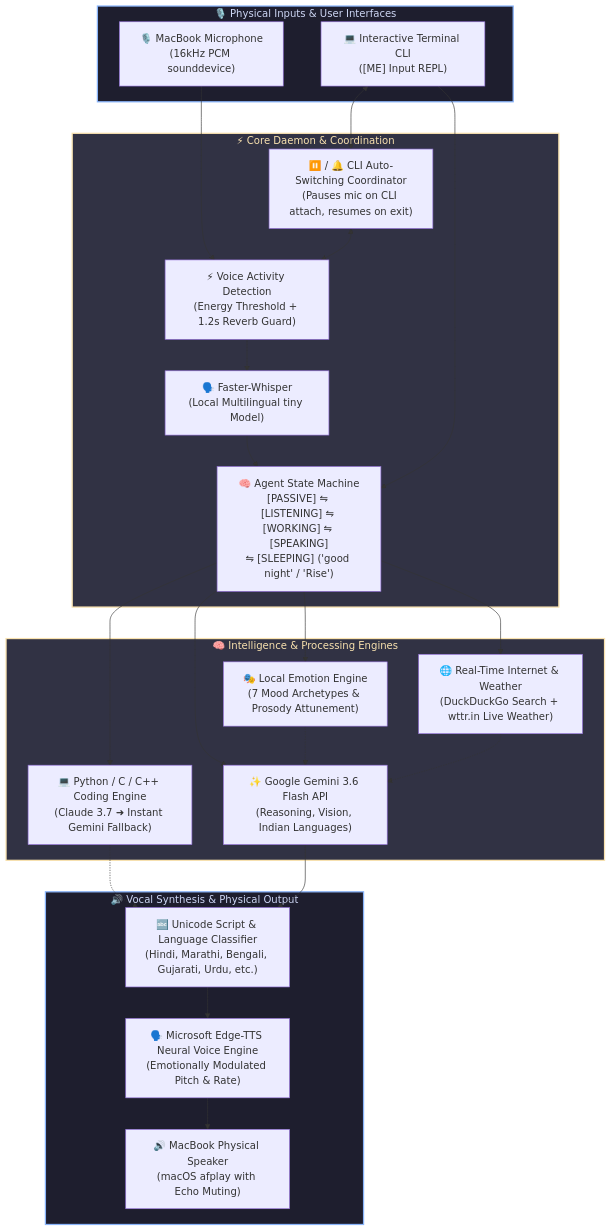
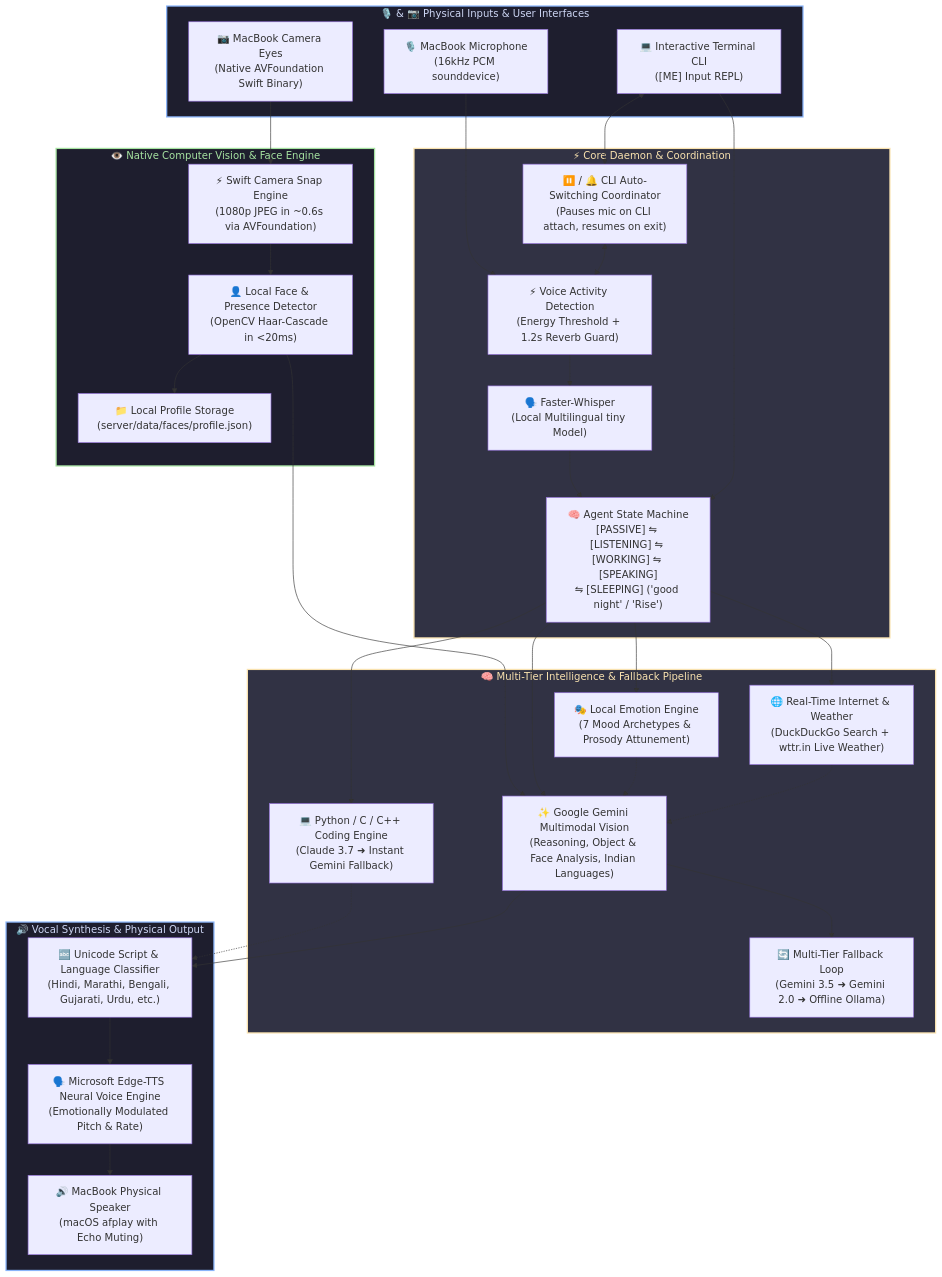
The first of 7 diagrams in README.md (ashwintelangstark/january.systems), drawn with Mermaid before and after one commit. The commit also changed other lines of this file, not shown here.

Commit message:
docs: document computer vision, face recognition, and multi-tier fallback engine in README

````diff
--- a/README.md
+++ b/README.md
@@ -18,46 +18,58 @@
 ```mermaid
 flowchart TD
-    subgraph Inputs ["🎙️ Physical Inputs & User Interfaces"]
+    subgraph Inputs ["🎙️ & 📷 Physical Inputs & User Interfaces"]
         MIC["🎙️ MacBook Microphone<br/>(16kHz PCM sounddevice)"]
+        CAM["📷 MacBook Camera Eyes<br/>(Native AVFoundation Swift Binary)"]
         CLI["💻 Interactive Terminal CLI<br/>([ME] Input REPL)"]
     end
 
     subgraph Daemon ["⚡ Core Daemon & Coordination"]
         VAD["⚡ Voice Activity Detection<br/>(Energy Threshold + 1.2s Reverb Guard)"]
         STT["🗣️ Faster-Whisper<br/>(Local Multilingual tiny Model)"]
         SW["⏸️ / 🔔 CLI Auto-Switching Coordinator<br/>(Pauses mic on CLI attach, resumes on exit)"]
         STATE["🧠 Agent State Machine<br/>[PASSIVE] ⇋ [LISTENING] ⇋ [WORKING] ⇋ [SPEAKING]<br/>⇋ [SLEEPING] ('good night' / 'Rise')"]
     end
 
-    subgraph Intelligence ["🧠 Intelligence & Processing Engines"]
+    subgraph VisionEngine ["👁️ Native Computer Vision & Face Engine"]
+        SNAP["⚡ Swift Camera Snap Engine<br/>(1080p JPEG in ~0.6s via AVFoundation)"]
+        FACE["👤 Local Face & Presence Detector<br/>(OpenCV Haar-Cascade in <20ms)"]
+        PROF["📁 Local Profile Storage<br/>(server/data/faces/profile.json)"]
+    end
+
+    subgraph Intelligence ["🧠 Multi-Tier Intelligence & Fallback Pipeline"]
         EMO["🎭 Local Emotion Engine<br/>(7 Mood Archetypes & Prosody Attunement)"]
         WEB["🌐 Real-Time Internet & Weather<br/>(DuckDuckGo Search + wttr.in Live Weather)"]
         CODE["💻 Python / C / C++ Coding Engine<br/>(Claude 3.7 ➜ Instant Gemini Fallback)"]
-        GEM["✨ Google Gemini 3.6 Flash API<br/>(Reasoning, Vision, Indian Languages)"]
+        GEM["✨ Google Gemini Multimodal Vision<br/>(Reasoning, Object & Face Analysis, Indian Languages)"]
+        FALLBACK["🔄 Multi-Tier Fallback Loop<br/>(Gemini 3.5 ➜ Gemini 2.0 ➜ Offline Ollama)"]
     end
 
     subgraph Synthesis ["🔊 Vocal Synthesis & Physical Output"]
         ROUTER["🔤 Unicode Script & Language Classifier<br/>(Hindi, Marathi, Bengali, Gujarati, Urdu, etc.)"]
         TTS["🗣️ Microsoft Edge-TTS Neural Voice Engine<br/>(Emotionally Modulated Pitch & Rate)"]
         SPEAKER["🔊 MacBook Physical Speaker<br/>(macOS afplay with Echo Muting)"]
     end
 
     MIC --> VAD --> STT --> STATE
+    CAM --> SNAP --> FACE --> PROF
+    FACE --> GEM
     CLI <--> SW <--> VAD
     CLI --> STATE
     STATE --> EMO
     STATE --> WEB
     STATE --> CODE
     STATE --> GEM
+    GEM --> FALLBACK
     EMO -.-> GEM
     WEB -.-> GEM
     CODE -.-> ROUTER
     GEM --> ROUTER
     ROUTER --> TTS --> SPEAKER
 
     classDef primary fill:#1e1e2e,stroke:#89b4fa,stroke-width:2px,color:#cdd6f4;
     classDef highlight fill:#313244,stroke:#f9e2af,stroke-width:2px,color:#f9e2af;
-    classDef accent fill:#181825,stroke:#a6e3a1,stroke-width:2px,color:#a6e3a1;
+    classDef visionBox fill:#1e1e2e,stroke:#a6e3a1,stroke-width:2px,color:#a6e3a1;
     class Inputs,Synthesis primary;
     class Daemon,Intelligence highlight;
+    class VisionEngine visionBox;
 ```
````
